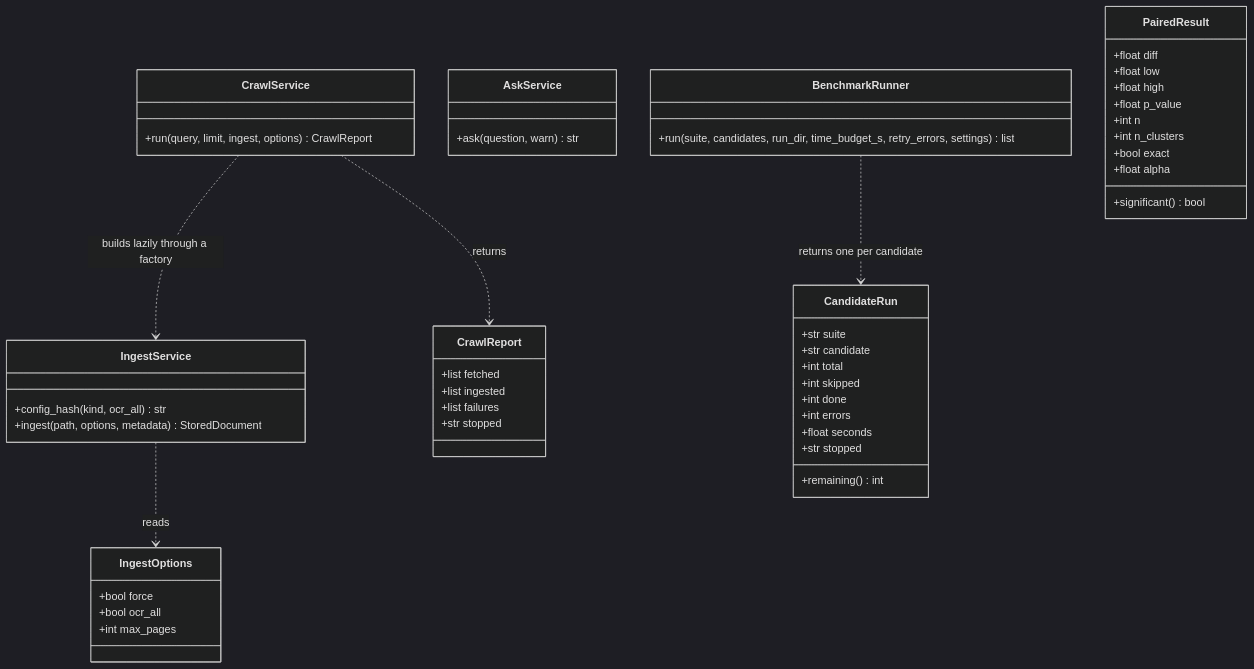
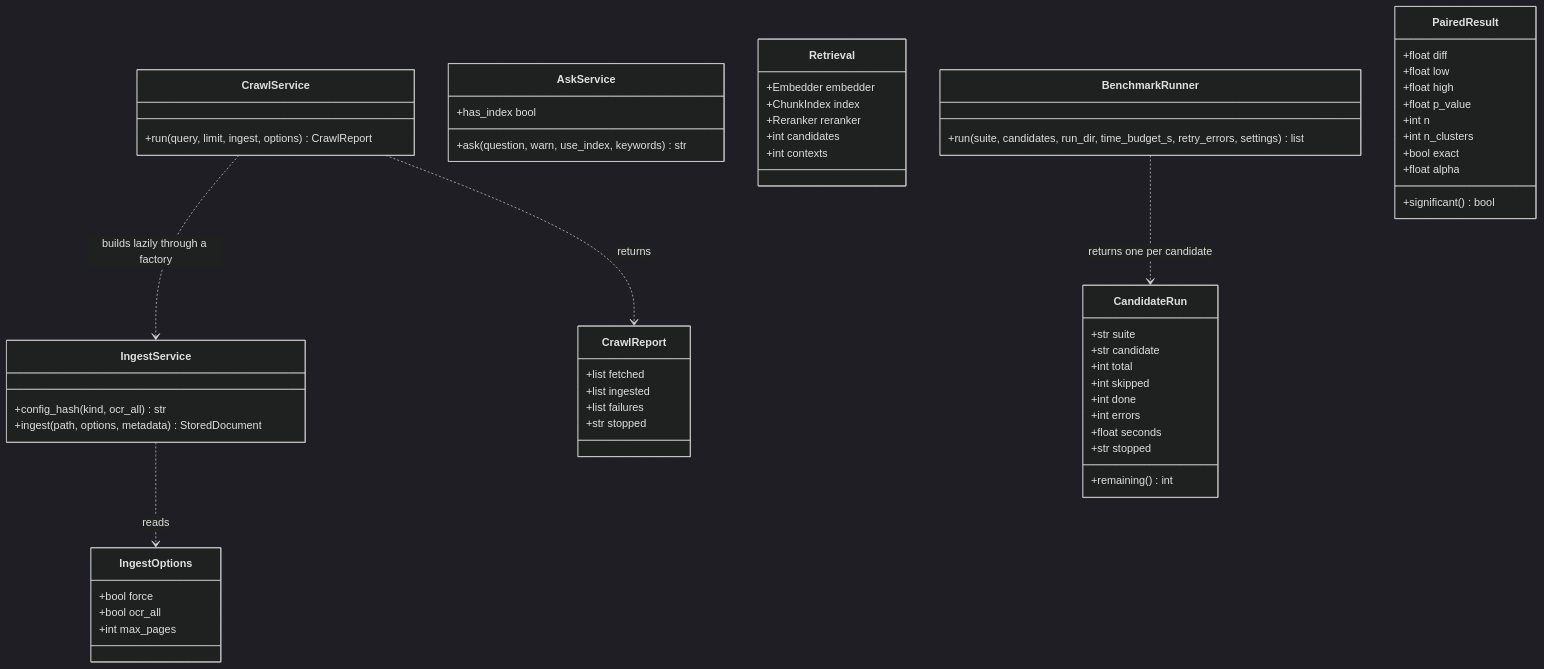
The third of 14 diagrams in packages/docingest/src/docingest/application/README.md (etxsA/doc-ingest), drawn with Mermaid (dark theme) before and after one commit. The commit also changed other lines of this file and 11 other files, not shown here.

First line of the commit message:
docs: ask with the chunk index, --index flags and ADR 0004

````diff
--- a/packages/docingest/src/docingest/application/README.md
+++ b/packages/docingest/src/docingest/application/README.md
@@ -110,53 +110,61 @@
 ```mermaid
 classDiagram
     class IngestOptions {
         +bool force
         +bool ocr_all
         +int max_pages
     }
     class IngestService {
         +config_hash(kind, ocr_all) str
         +ingest(path, options, metadata) StoredDocument
     }
     class CrawlReport {
         +list fetched
         +list ingested
         +list failures
         +str stopped
     }
     class CrawlService {
         +run(query, limit, ingest, options) CrawlReport
     }
     class AskService {
-        +ask(question, warn) str
+        +has_index bool
+        +ask(question, warn, use_index, keywords) str
+    }
+    class Retrieval {
+        +Embedder embedder
+        +ChunkIndex index
+        +Reranker reranker
+        +int candidates
+        +int contexts
     }
     class CandidateRun {
         +str suite
         +str candidate
         +int total
         +int skipped
         +int done
         +int errors
         +float seconds
         +str stopped
         +remaining() int
     }
     class BenchmarkRunner {
         +run(suite, candidates, run_dir, time_budget_s, retry_errors, settings) list
     }
     class PairedResult {
         +float diff
         +float low
         +float high
         +float p_value
         +int n
         +int n_clusters
         +bool exact
         +float alpha
         +significant() bool
     }
     IngestService ..> IngestOptions : reads
     CrawlService ..> IngestService : builds lazily through a factory
     CrawlService ..> CrawlReport : returns
     BenchmarkRunner ..> CandidateRun : returns one per candidate
 ```
````
